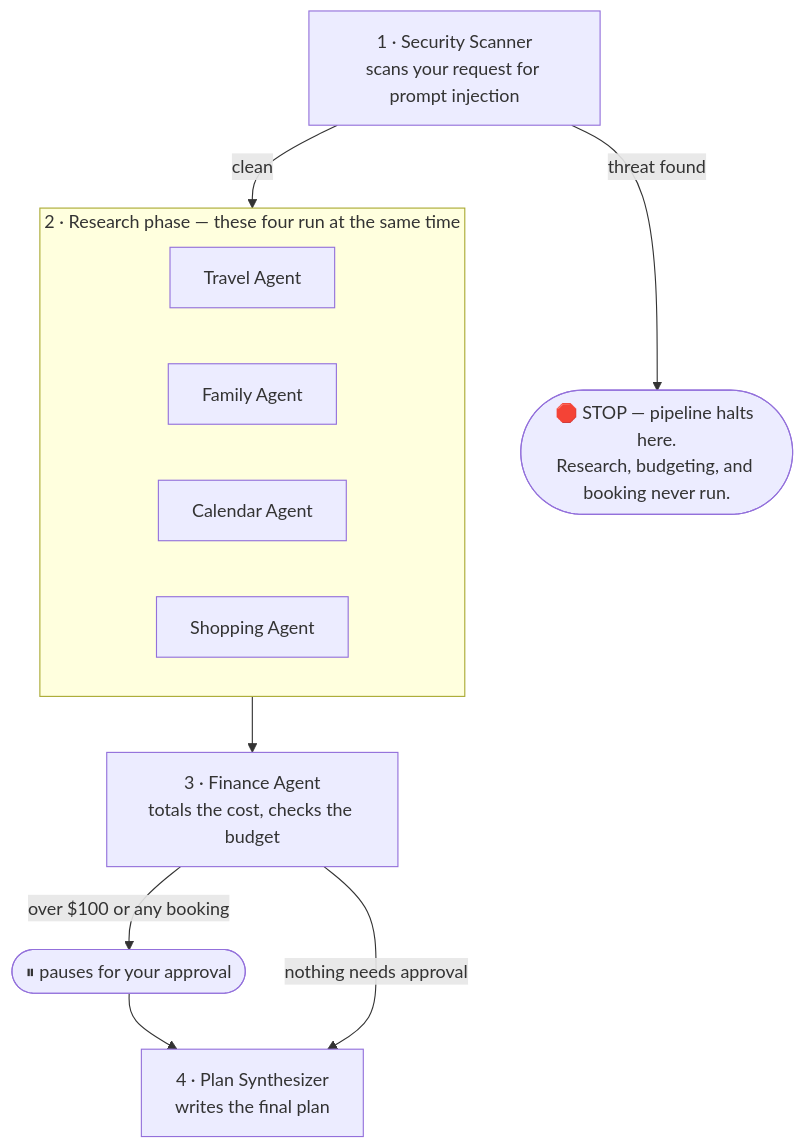
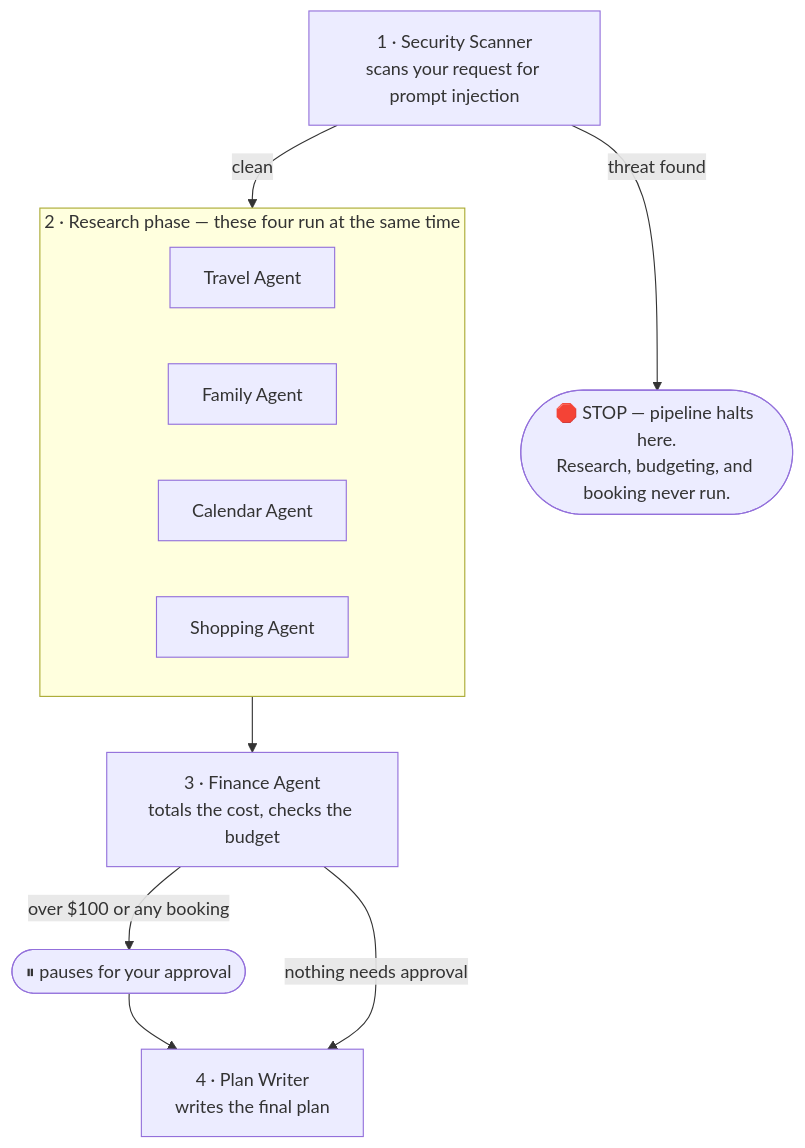
The first of 2 diagrams in README.md (vvishnoi/life-grid), drawn with Mermaid before and after one commit. The commit also changed other lines of this file and 11 other files, not shown here.

First line of the commit message:
refactor: rename PlanSynthesizer to PlanWriter, presentation fixes

````diff
--- a/README.md
+++ b/README.md
@@ -34,19 +34,19 @@
 ```mermaid
 flowchart TD
     A["1 · Security Scanner<br/>scans your request for prompt injection"] -->|clean| B
     A -->|"threat found"| STOP(["🛑 STOP — pipeline halts here.<br/>Research, budgeting, and booking never run."])
 
     subgraph B["2 · Research phase — these four run at the same time"]
         direction LR
         T[Travel Agent]
         F[Family Agent]
         C[Calendar Agent]
         S[Shopping Agent]
     end
 
     B --> D["3 · Finance Agent<br/>totals the cost, checks the budget"]
     D -->|"over $100 or any booking"| APP(["⏸ pauses for your approval"])
     APP --> E
     D -->|"nothing needs approval"| E
-    E["4 · Plan Synthesizer<br/>writes the final plan"]
+    E["4 · Plan Writer<br/>writes the final plan"]
 ```
````
